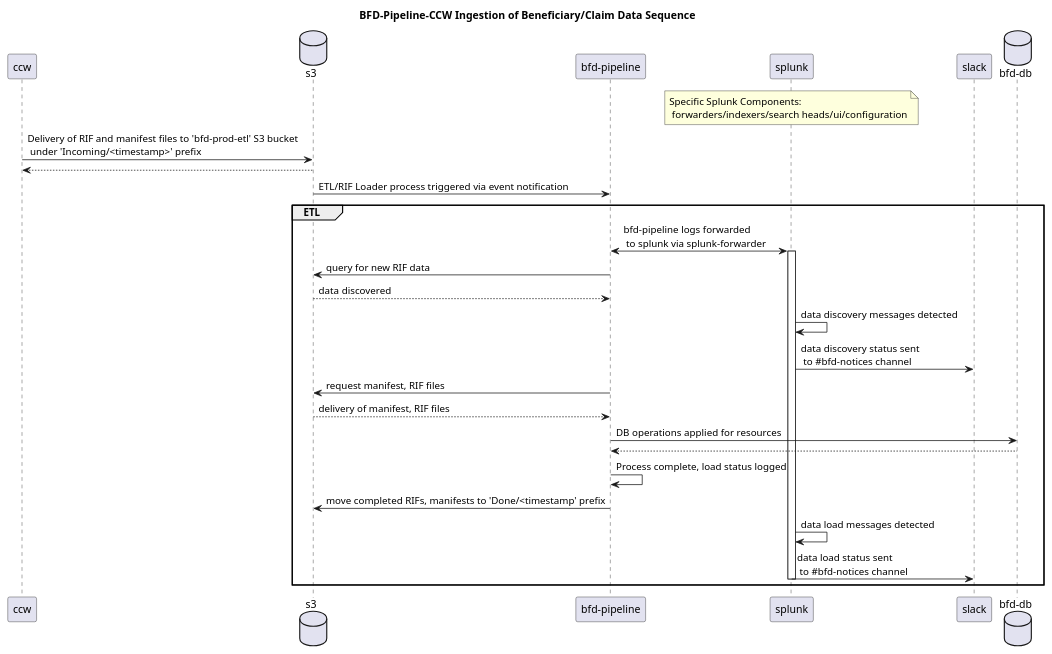
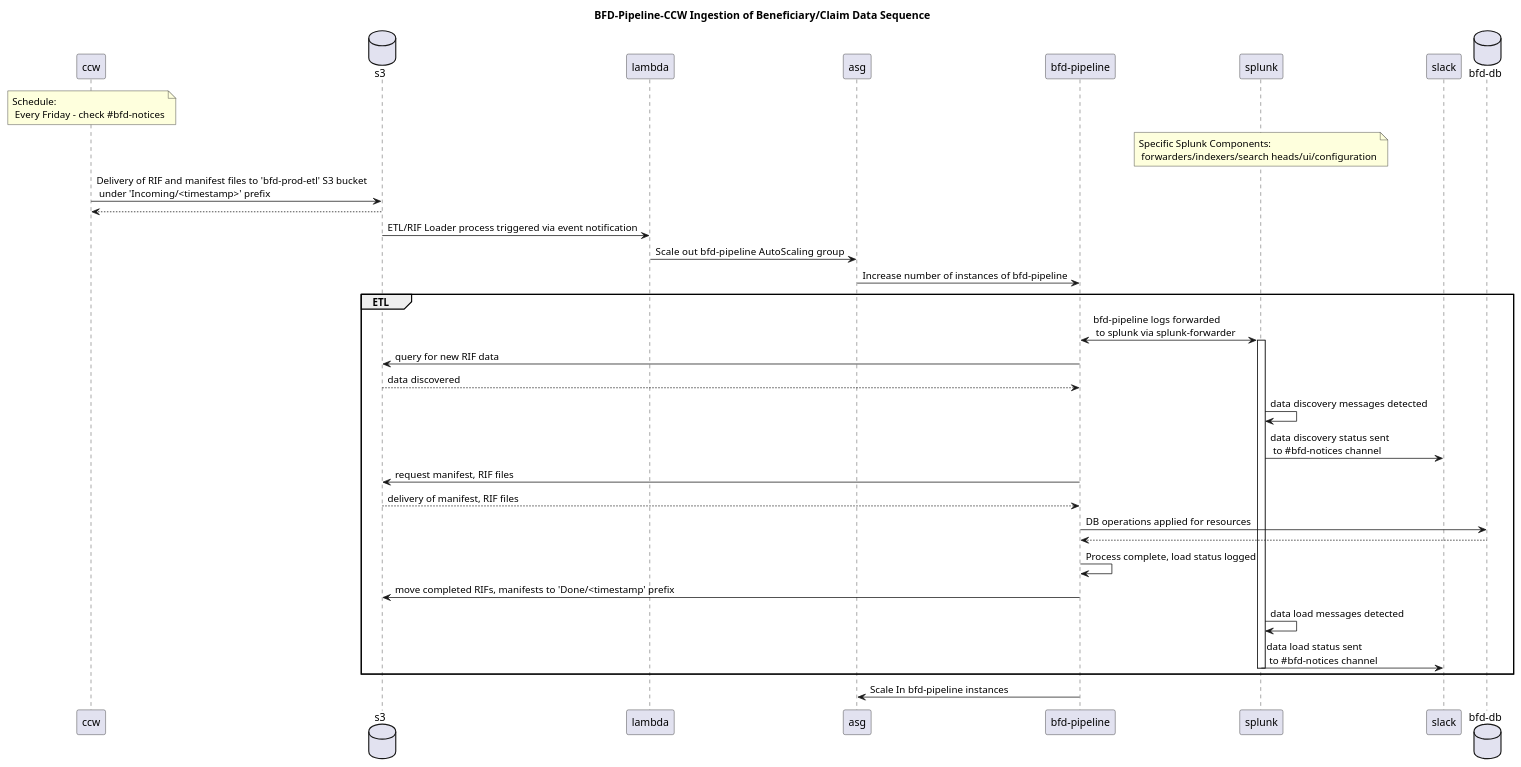
One commit to CMSgov/beneficiary-fhir-data changed the diagram in docs/assets/fhir-resource-ingestion-digestion-diagrams/bfd-pipeline-ccw-ingestion.plantuml. Above: the diagram before and after it, drawn with PlantUML. The commit also changed 2 other files, not shown here.

Commit message:
Update README and update ccw ingestion schedule/signaling

```diff
--- a/docs/assets/fhir-resource-ingestion-digestion-diagrams/bfd-pipeline-ccw-ingestion.plantuml
+++ b/docs/assets/fhir-resource-ingestion-digestion-diagrams/bfd-pipeline-ccw-ingestion.plantuml
@@ -1,30 +1,36 @@
 @startuml
 title BFD-Pipeline-CCW Ingestion of Beneficiary/Claim Data Sequence
 participant ccw
+note over ccw: Schedule: \n Every Friday - check #bfd-notices 
 database s3
+participant "lambda"
+participant "asg"
 participant "bfd-pipeline"
 participant splunk
 note over splunk: Specific Splunk Components: \n forwarders/indexers/search heads/ui/configuration
 participant slack
 database "bfd-db"
 ccw -> s3: Delivery of RIF and manifest files to 'bfd-prod-etl' S3 bucket \n under 'Incoming/<timestamp>' prefix
 s3 --> ccw
-s3 -> "bfd-pipeline": ETL/RIF Loader process triggered via event notification
+s3 -> "lambda": ETL/RIF Loader process triggered via event notification
+"lambda" -> "asg": Scale out  bfd-pipeline AutoScaling group
+"asg" -> "bfd-pipeline": Increase number of instances of bfd-pipeline  
 group ETL
 "bfd-pipeline" <-> splunk: bfd-pipeline logs forwarded \n to splunk via splunk-forwarder
 activate splunk
 "bfd-pipeline" -> s3: query for new RIF data
 s3 --> "bfd-pipeline": data discovered
 splunk -> splunk: data discovery messages detected
 splunk -> slack: data discovery status sent \n to #bfd-notices channel
 "bfd-pipeline" -> s3: request manifest, RIF files
 s3 --> "bfd-pipeline": delivery of manifest, RIF files
 "bfd-pipeline" -> "bfd-db": DB operations applied for resources
 "bfd-db" --> "bfd-pipeline"
 "bfd-pipeline" -> "bfd-pipeline": Process complete, load status logged
 "bfd-pipeline" -> s3: move completed RIFs, manifests to 'Done/<timestamp' prefix
 splunk -> splunk: data load messages detected
 splunk -> slack: data load status sent \n to #bfd-notices channel
 deactivate splunk
 end
+"bfd-pipeline" -> "asg": Scale In bfd-pipeline instances
 @enduml
```
